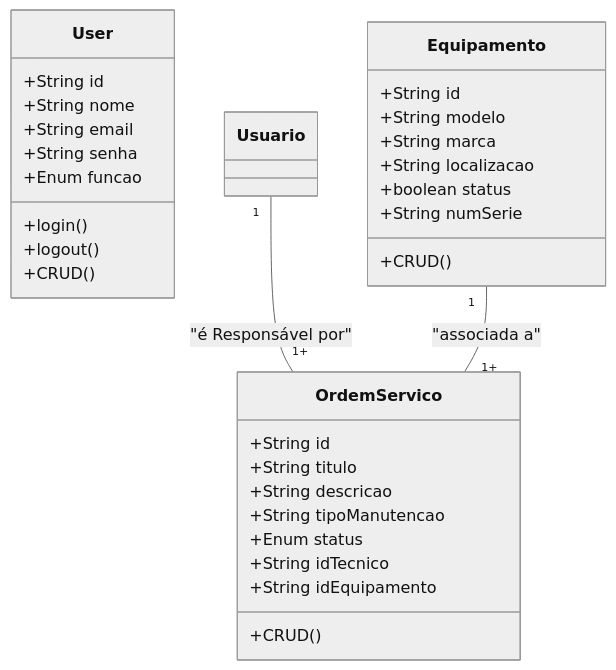
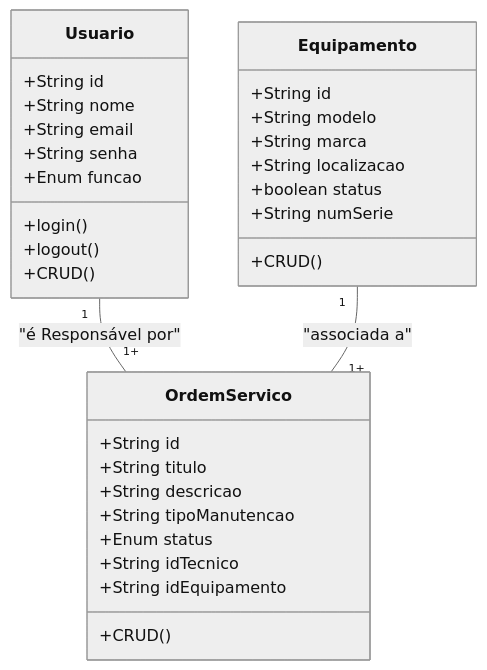
Before and after one commit to GuilhermeXavier08/FrontEnd: the diagram in FrameWorks/next/formativa-sgm/README.md, drawn with Mermaid (neutral theme).

````diff
--- a/FrameWorks/next/formativa-sgm/README.md
+++ b/FrameWorks/next/formativa-sgm/README.md
@@ -55,40 +55,40 @@
 ```mermaid
 
 classDiagram
 
-    class User{
+    class Usuario{
         +String id
         +String nome
         +String email 
         +String senha
         +Enum funcao
         +login()
         +logout()
         +CRUD()
     }
 
     class Equipamento{
         +String id
         +String modelo
         +String marca
         +String localizacao
         +boolean status
         +String numSerie
         +CRUD()
     }
 
     class OrdemServico{
         +String id
         +String titulo
         +String descricao
         +String tipoManutencao
         +Enum status
         +String idTecnico
         +String idEquipamento
         +CRUD()
     }
 
     Usuario "1"--"1+" OrdemServico: "é Responsável por"
     Equipamento "1"--"1+" OrdemServico: "associada a"
 
 ```
````
